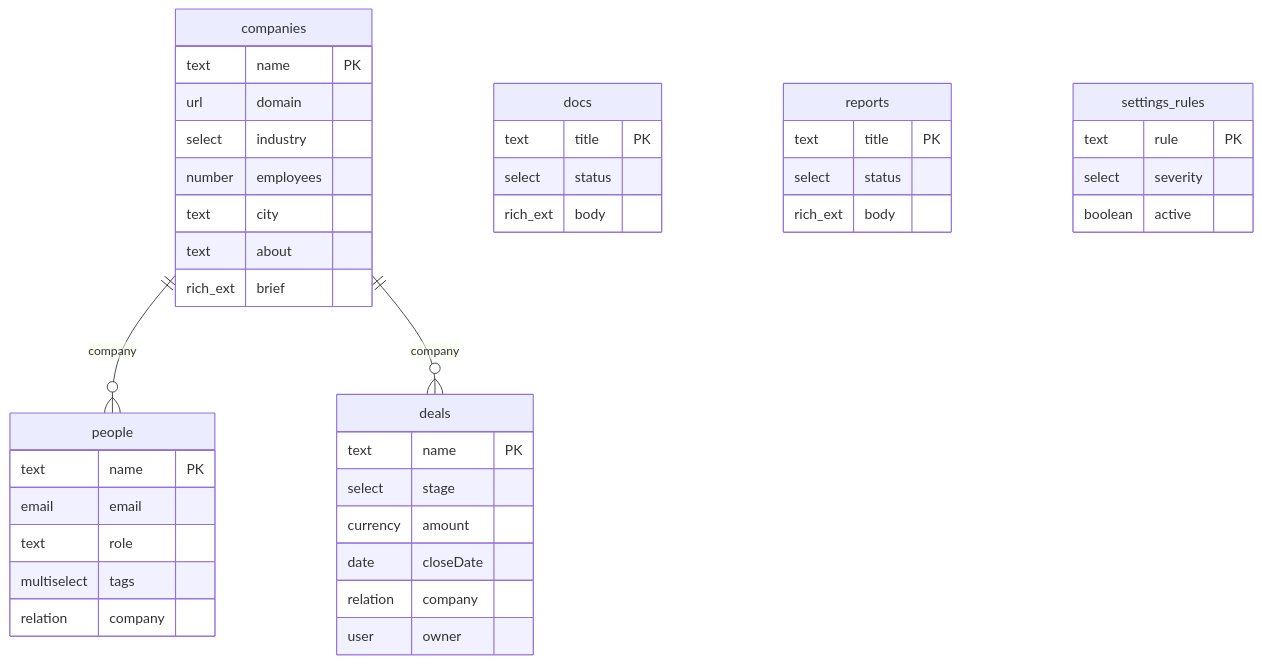
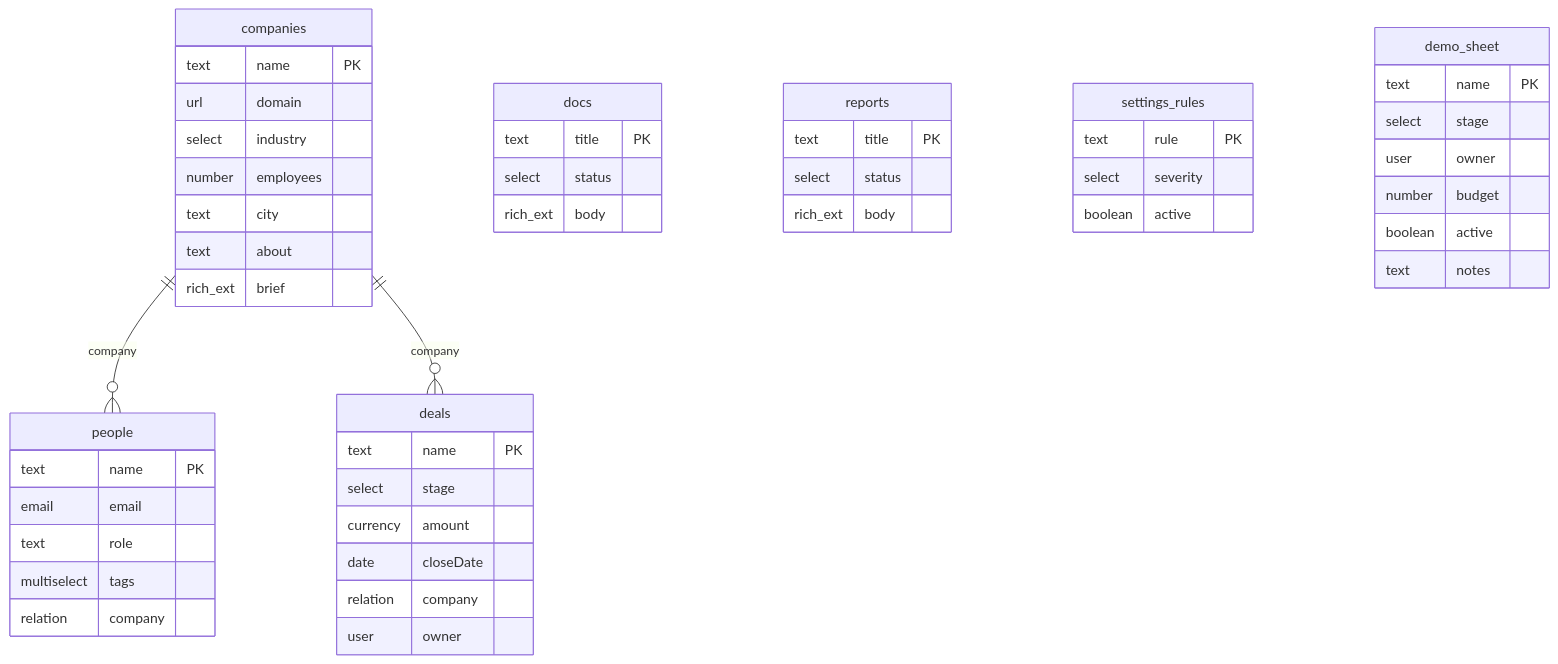
One commit to achammah/nexus-app-starter changed the diagram in docs/DATA-MODEL.md. Above: the diagram before and after it, drawn with Mermaid. The commit also changed other lines of this file and 25 other files, not shown here.

````diff
--- a/docs/DATA-MODEL.md
+++ b/docs/DATA-MODEL.md
@@ -7,44 +7,52 @@
 ```mermaid
 erDiagram
   companies {
     text name "PK"
     url domain
     select industry
     number employees
     text city
     text about
     rich_ext brief
   }
   people {
     text name "PK"
     email email
     text role
     multiselect tags
     relation company
   }
   deals {
     text name "PK"
     select stage
     currency amount
     date closeDate
     relation company
     user owner
   }
   docs {
     text title "PK"
     select status
     rich_ext body
   }
   reports {
     text title "PK"
     select status
     rich_ext body
   }
   settings_rules {
     text rule "PK"
     select severity
     boolean active
   }
+  demo_sheet {
+    text name "PK"
+    select stage
+    user owner
+    number budget
+    boolean active
+    text notes
+  }
   companies ||--o{ people : "company"
   companies ||--o{ deals : "company"
 ```
````
